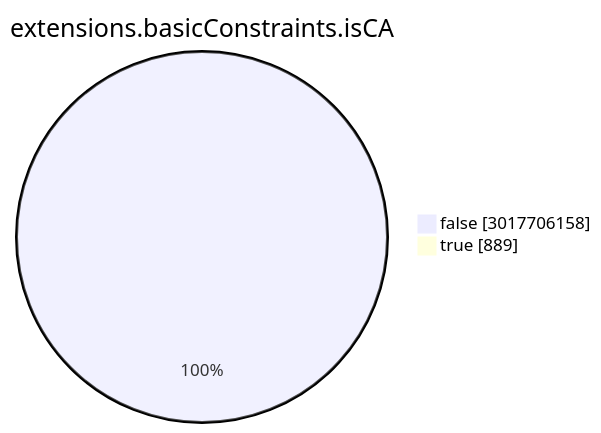
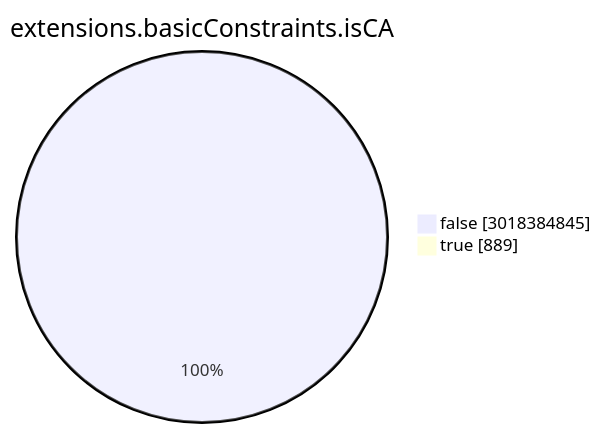
One commit to christiankrug/ctmonitor_visualization changed the seventh of 15 diagrams in TOTAL/README.md. Above: the diagram before and after it, drawn with Mermaid. The commit also changed other lines of this file, not shown here.

````diff
--- a/TOTAL/README.md
+++ b/TOTAL/README.md
@@ -3085,6 +3085,6 @@
 ```mermaid
 pie showData
 title extensions.basicConstraints.isCA
-"false" :3017706158
+"false" :3018384845
 "true" :889
 ```
````
